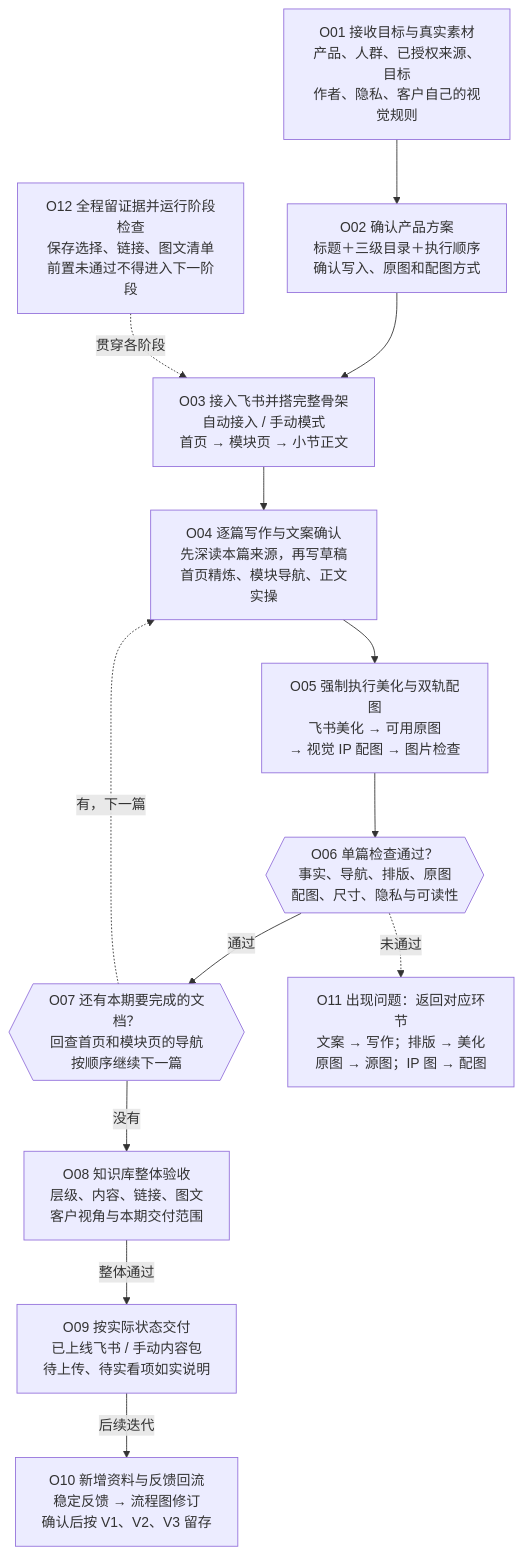
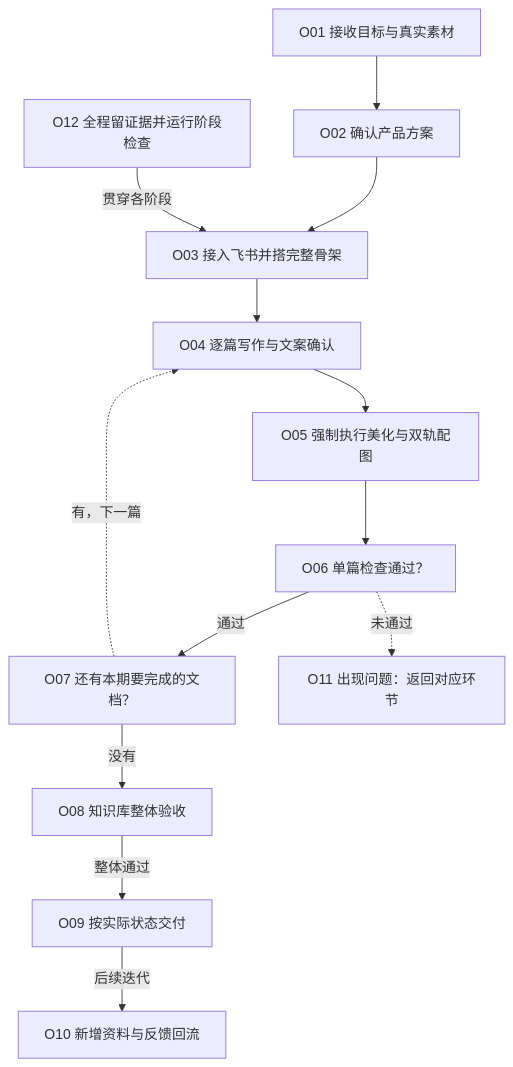
The first of 8 diagrams in plugins/feishu-kb-product-builder/skills/feishu-kb-product-builder/references/流程图.md (banmu23/banmu-skills), drawn with Mermaid before and after one commit. The commit also changed other lines of this file and 53 other files, not shown here.

Commit message:
发布知识库 V3 与正文配图 V2：关键锚点、丰富表演和高质感光影

````diff
--- a/plugins/feishu-kb-product-builder/skills/feishu-kb-product-builder/references/流程图.md
+++ b/plugins/feishu-kb-product-builder/skills/feishu-kb-product-builder/references/流程图.md
@@ -11,27 +7,27 @@
 ```mermaid
 flowchart TD
-  O01["O01 接收目标与真实素材<br/>产品、人群、已授权来源、目标<br/>作者、隐私、客户自己的视觉规则"]
-  O02["O02 确认产品方案<br/>标题＋三级目录＋执行顺序<br/>确认写入、原图和配图方式"]
-  O03["O03 接入飞书并搭完整骨架<br/>自动接入 / 手动模式<br/>首页 → 模块页 → 小节正文"]
-  O04["O04 逐篇写作与文案确认<br/>先深读本篇来源，再写草稿<br/>首页精炼、模块导航、正文实操"]
-  O05["O05 强制执行美化与双轨配图<br/>飞书美化 → 可用原图<br/>→ 视觉 IP 配图 → 图片检查"]
-  O06{{"O06 单篇检查通过？<br/>事实、导航、排版、原图<br/>配图、尺寸、隐私与可读性"}}
-  O07{{"O07 还有本期要完成的文档？<br/>回查首页和模块页的导航<br/>按顺序继续下一篇"}}
-  O08["O08 知识库整体验收<br/>层级、内容、链接、图文<br/>客户视角与本期交付范围"]
-  O09["O09 按实际状态交付<br/>已上线飞书 / 手动内容包<br/>待上传、待实看项如实说明"]
-  O10["O10 新增资料与反馈回流<br/>稳定反馈 → 流程图修订<br/>确认后按 V1、V2、V3 留存"]
-  O11["O11 出现问题：返回对应环节<br/>文案 → 写作；排版 → 美化<br/>原图 → 源图；IP 图 → 配图"]
-  O12["O12 全程留证据并运行阶段检查<br/>保存选择、链接、图文清单<br/>前置未通过不得进入下一阶段"]
+  O01["O01 接收目标与真实素材"]
+  O02["O02 确认产品方案"]
+  O03["O03 接入飞书并搭完整骨架"]
+  O04["O04 逐篇写作与文案确认"]
+  O05["O05 强制执行美化与双轨配图"]
+  O06["O06 单篇检查通过？"]
+  O07["O07 还有本期要完成的文档？"]
+  O08["O08 知识库整体验收"]
+  O09["O09 按实际状态交付"]
+  O10["O10 新增资料与反馈回流"]
+  O11["O11 出现问题：返回对应环节"]
+  O12["O12 全程留证据并运行阶段检查"]
   O01 --> O02
   O02 --> O03
   O03 --> O04
   O04 --> O05
   O05 --> O06
   O06 --> |通过| O07
   O06 -.-> |未通过| O11
   O07 -.-> |有，下一篇| O04
   O07 --> |没有| O08
   O08 --> |整体通过| O09
   O09 --> |后续迭代| O10
-  O12 -.-> |贯穿各阶段| O03
+  O12 --> |贯穿各阶段| O03
 ```
````
